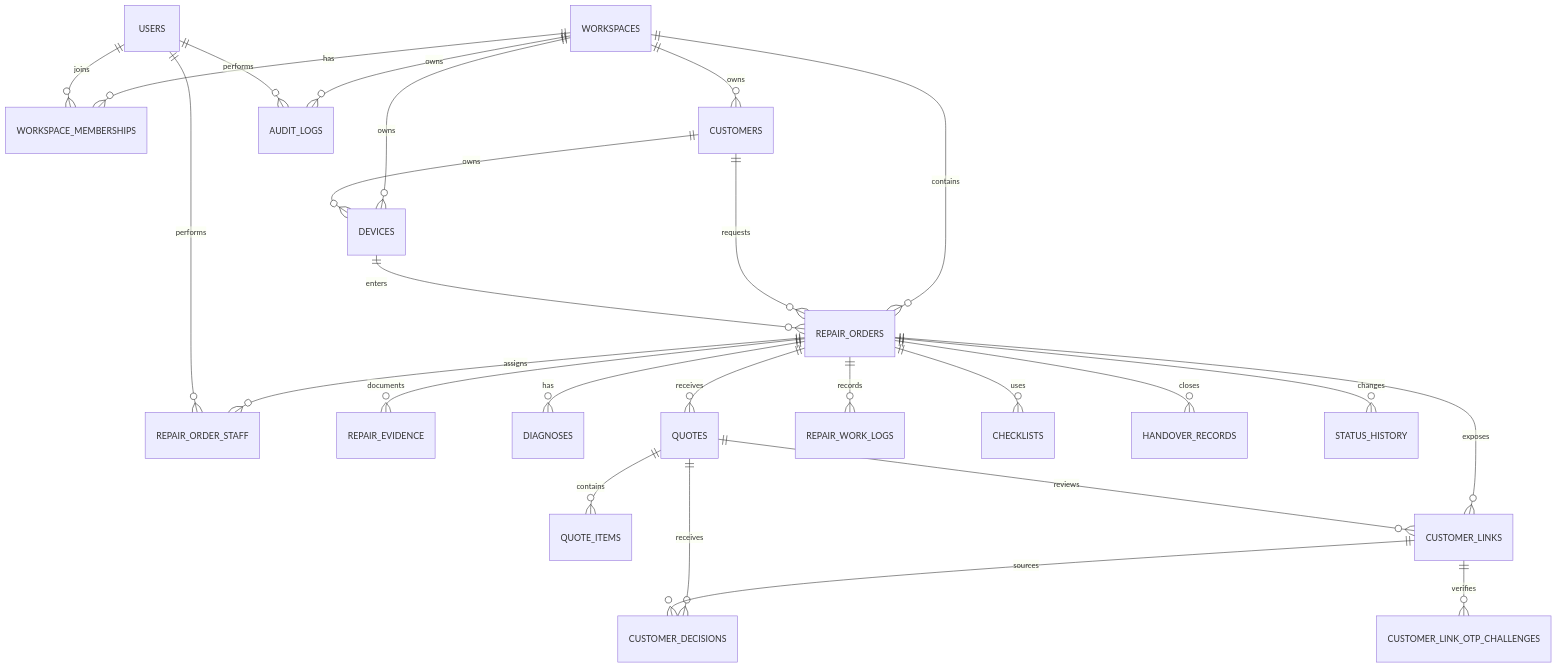
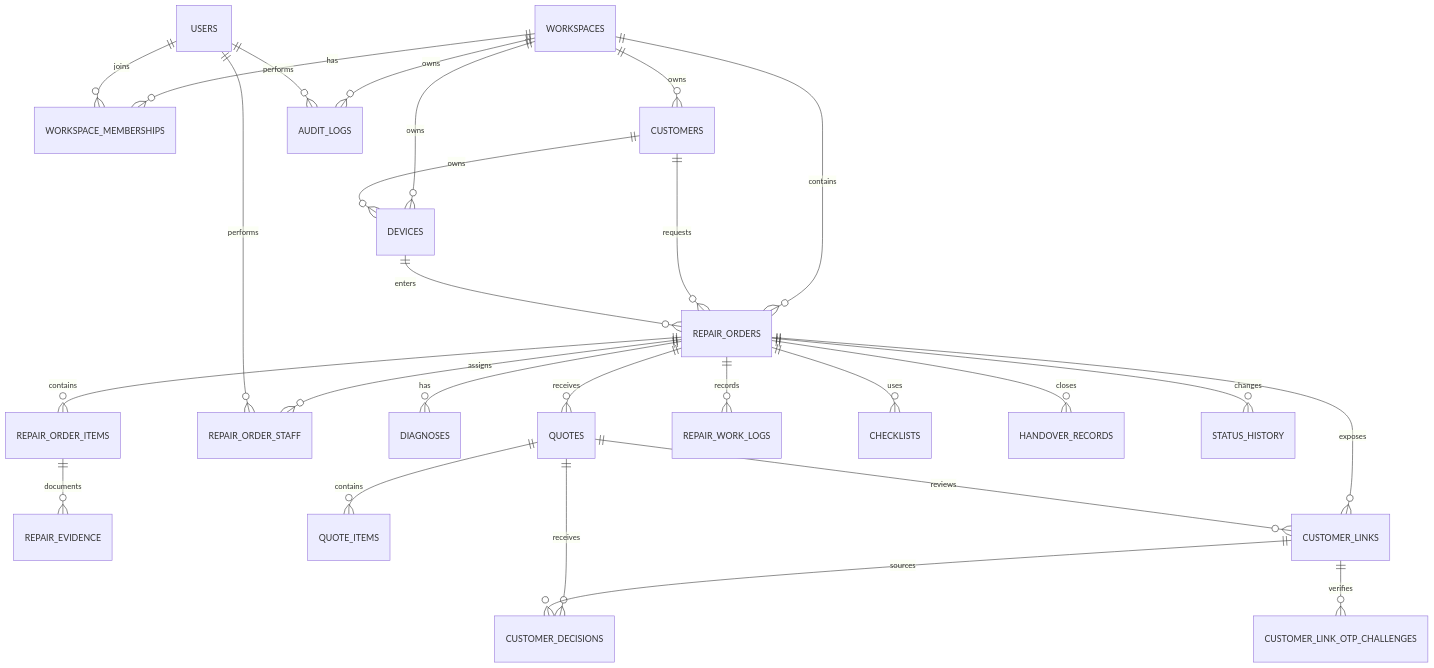
One commit to datdt03/DOTHANHDAT_INTERN_01278 changed the first of 6 diagrams in docs/v0/05-database-requirements.md. Above: the diagram before and after it, drawn with Mermaid. The commit also changed other lines of this file and 36 other files, not shown here.

````diff
--- a/docs/v0/05-database-requirements.md
+++ b/docs/v0/05-database-requirements.md
@@ -178,34 +178,35 @@
 ```mermaid
 erDiagram
     WORKSPACES ||--o{ WORKSPACE_MEMBERSHIPS : has
     USERS ||--o{ WORKSPACE_MEMBERSHIPS : joins
 
     WORKSPACES ||--o{ CUSTOMERS : owns
     WORKSPACES ||--o{ DEVICES : owns
     CUSTOMERS ||--o{ DEVICES : owns
 
     WORKSPACES ||--o{ REPAIR_ORDERS : contains
     CUSTOMERS ||--o{ REPAIR_ORDERS : requests
     DEVICES ||--o{ REPAIR_ORDERS : enters
+    REPAIR_ORDERS ||--o{ REPAIR_ORDER_ITEMS : contains
+    REPAIR_ORDER_ITEMS ||--o{ REPAIR_EVIDENCE : documents
 
     REPAIR_ORDERS ||--o{ REPAIR_ORDER_STAFF : assigns
     USERS ||--o{ REPAIR_ORDER_STAFF : performs
-    REPAIR_ORDERS ||--o{ REPAIR_EVIDENCE : documents
     REPAIR_ORDERS ||--o{ DIAGNOSES : has
     REPAIR_ORDERS ||--o{ QUOTES : receives
     QUOTES ||--o{ QUOTE_ITEMS : contains
     QUOTES ||--o{ CUSTOMER_DECISIONS : receives
 
     REPAIR_ORDERS ||--o{ CUSTOMER_LINKS : exposes
     QUOTES ||--o{ CUSTOMER_LINKS : reviews
     CUSTOMER_LINKS ||--o{ CUSTOMER_DECISIONS : sources
     CUSTOMER_LINKS ||--o{ CUSTOMER_LINK_OTP_CHALLENGES : verifies
 
     REPAIR_ORDERS ||--o{ REPAIR_WORK_LOGS : records
     REPAIR_ORDERS ||--o{ CHECKLISTS : uses
     REPAIR_ORDERS ||--o{ HANDOVER_RECORDS : closes
     REPAIR_ORDERS ||--o{ STATUS_HISTORY : changes
 
     WORKSPACES ||--o{ AUDIT_LOGS : owns
     USERS ||--o{ AUDIT_LOGS : performs
 ```
````
